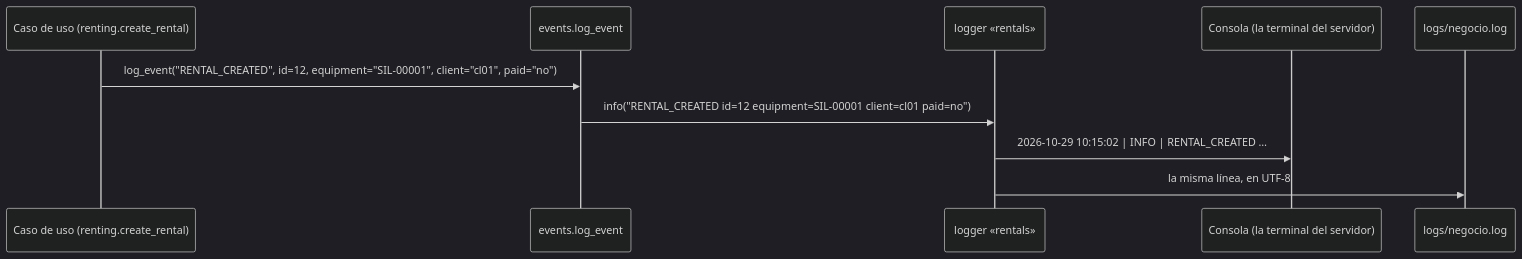
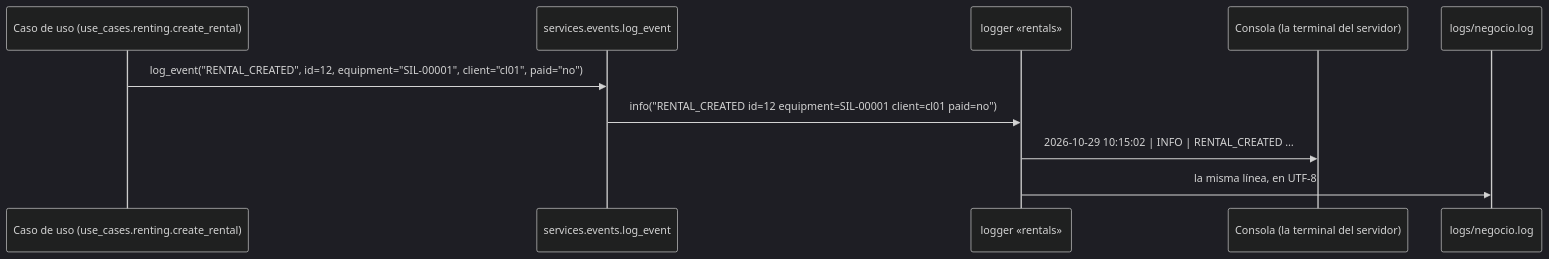
One commit to peterteranb/astra-rent-system changed the third of 3 diagrams in docs/arquitectura.md. Above: the diagram before and after it, drawn with Mermaid (dark theme). The commit also changed other lines of this file and 56 other files, not shown here.

````diff
--- a/docs/arquitectura.md
+++ b/docs/arquitectura.md
@@ -108,12 +125,12 @@
 ```mermaid
 sequenceDiagram
-    participant U as Caso de uso (renting.create_rental)
-    participant E as events.log_event
+    participant U as Caso de uso (use_cases.renting.create_rental)
+    participant E as services.events.log_event
     participant L as logger «rentals»
     participant C as Consola (la terminal del servidor)
     participant F as logs/negocio.log
     U->>E: log_event("RENTAL_CREATED", id=12, equipment="SIL-00001", client="cl01", paid="no")
     E->>L: info("RENTAL_CREATED id=12 equipment=SIL-00001 client=cl01 paid=no")
     L->>C: 2026-10-29 10:15:02 | INFO    | RENTAL_CREATED …
     L->>F: la misma línea, en UTF-8
 ```
````
